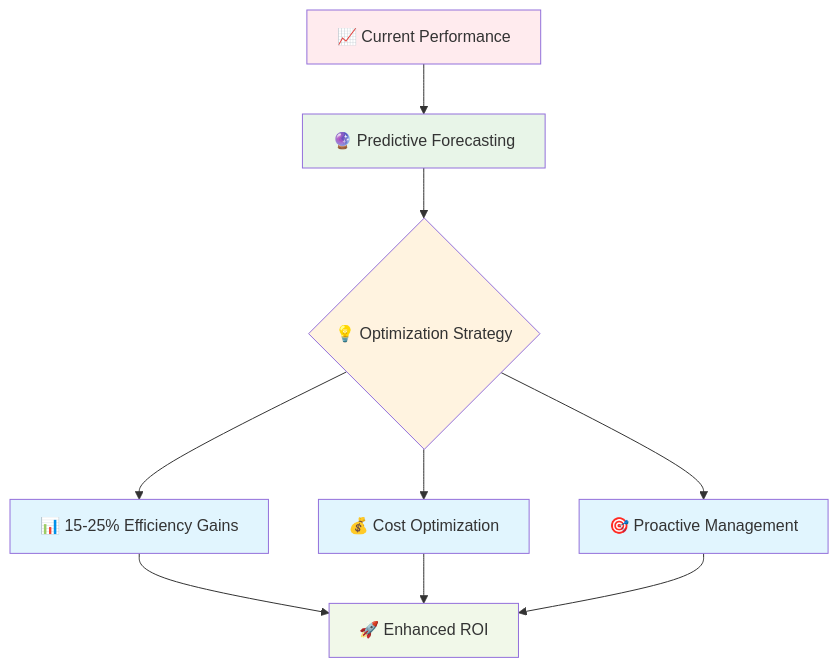
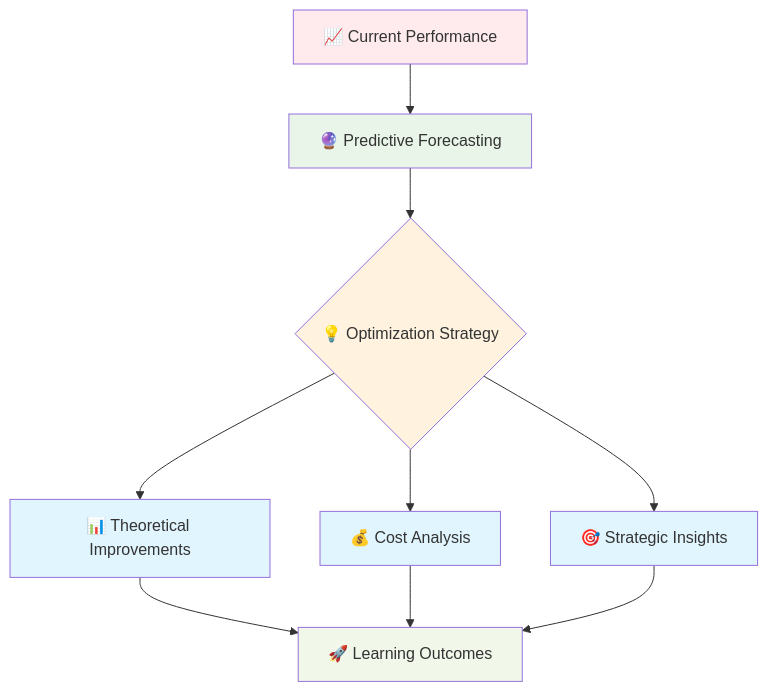
One commit to asadadnan11/kpi-forecasting-for-media-campaigns changed the second of 3 diagrams in README.md. Above: the diagram before and after it, drawn with Mermaid. The commit also changed other lines of this file, not shown here.

````diff
--- a/README.md
+++ b/README.md
@@ -72,21 +72,21 @@
 ```mermaid
 graph TD
     A["📈 Current Performance"] --> B["🔮 Predictive Forecasting"]
     B --> C{"💡 Optimization Strategy"}
     
-    C --> D1["📊 15-25% Efficiency Gains"]
-    C --> D2["💰 Cost Optimization"]
-    C --> D3["🎯 Proactive Management"]
+    C --> D1["📊 Theoretical Improvements"]
+    C --> D2["💰 Cost Analysis"]
+    C --> D3["🎯 Strategic Insights"]
     
-    D1 --> E["🚀 Enhanced ROI"]
+    D1 --> E["🚀 Learning Outcomes"]
     D2 --> E
     D3 --> E
     
     style A fill:#ffebee
     style B fill:#e8f5e8
     style C fill:#fff3e0
     style D1 fill:#e1f5fe
     style D2 fill:#e1f5fe
     style D3 fill:#e1f5fe
     style E fill:#f1f8e9
 ```
````
